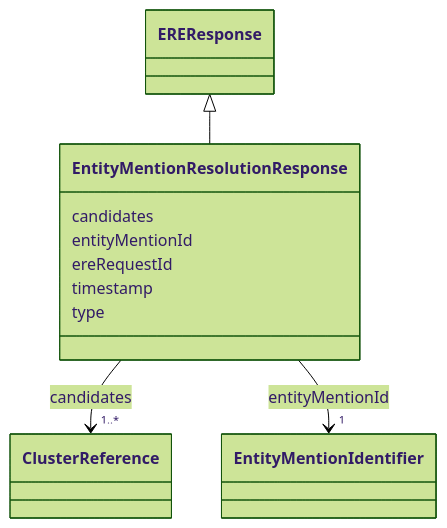
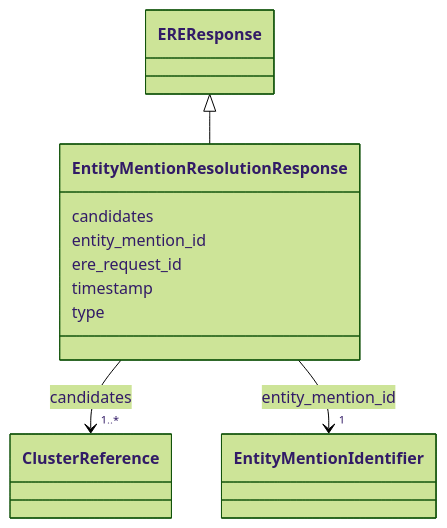
One commit to OP-TED/entity-resolution-spec changed the diagram in docs/schema/EntityMentionResolutionResponse.md. Above: the diagram before and after it, drawn with Mermaid (forest theme). The commit also changed other lines of this file and 88 other files, not shown here.

````diff
--- a/docs/schema/EntityMentionResolutionResponse.md
+++ b/docs/schema/EntityMentionResolutionResponse.md
@@ -34,37 +34,37 @@
 ```mermaid
  classDiagram
     class EntityMentionResolutionResponse
     click EntityMentionResolutionResponse href "../EntityMentionResolutionResponse/"
       EREResponse <|-- EntityMentionResolutionResponse
         click EREResponse href "../EREResponse/"
       
       EntityMentionResolutionResponse : candidates
         
           
     
         
         
         EntityMentionResolutionResponse --> "1..*" ClusterReference : candidates
         click ClusterReference href "../ClusterReference/"
     
 
         
-      EntityMentionResolutionResponse : entityMentionId
+      EntityMentionResolutionResponse : entity_mention_id
         
           
     
         
         
-        EntityMentionResolutionResponse --> "1" EntityMentionIdentifier : entityMentionId
+        EntityMentionResolutionResponse --> "1" EntityMentionIdentifier : entity_mention_id
         click EntityMentionIdentifier href "../EntityMentionIdentifier/"
     
 
         
-      EntityMentionResolutionResponse : ereRequestId
+      EntityMentionResolutionResponse : ere_request_id
         
       EntityMentionResolutionResponse : timestamp
         
       EntityMentionResolutionResponse : type
         
       
 ```
````
